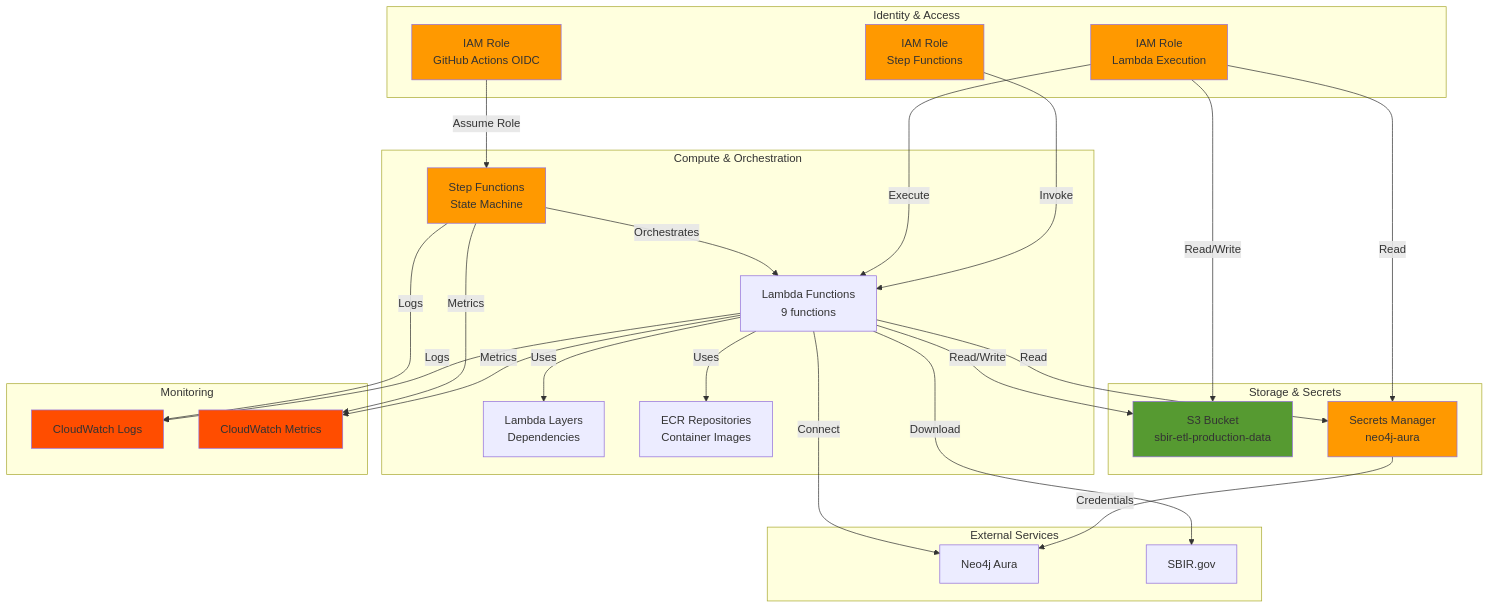
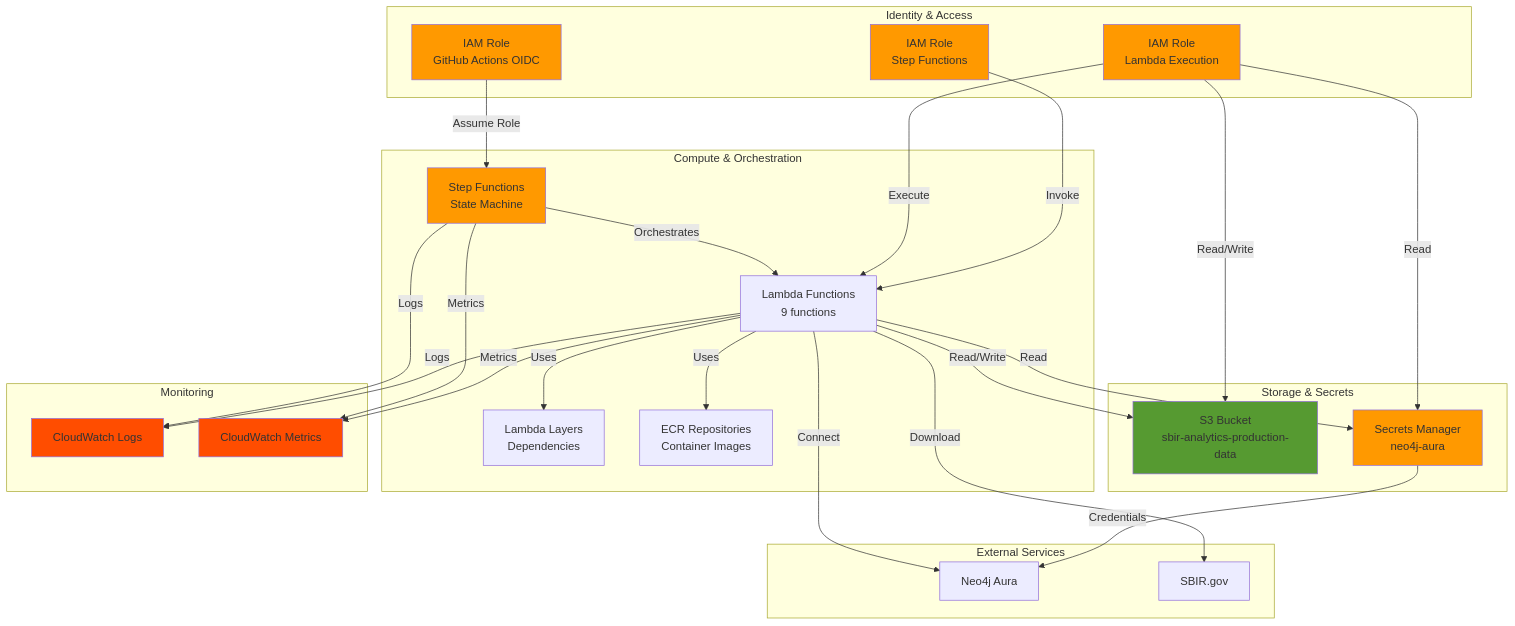
The fourth of 5 diagrams in docs/deployment/aws-architecture-diagrams.md (hollomancer/sbir-analytics), drawn with Mermaid before and after one commit. The commit also changed other lines of this file and 20 other files, not shown here.

````diff
--- a/docs/deployment/aws-architecture-diagrams.md
+++ b/docs/deployment/aws-architecture-diagrams.md
@@ -183,61 +183,61 @@
 ```mermaid
 graph TB
     subgraph "Identity & Access"
         IAM1[IAM Role<br/>Lambda Execution]
         IAM2[IAM Role<br/>Step Functions]
         IAM3[IAM Role<br/>GitHub Actions OIDC]
     end
     
     subgraph "Compute & Orchestration"
         SF[Step Functions<br/>State Machine]
         L1[Lambda Functions<br/>9 functions]
         LC[Lambda Layers<br/>Dependencies]
         ECR[ECR Repositories<br/>Container Images]
     end
     
     subgraph "Storage & Secrets"
-        S3[S3 Bucket<br/>sbir-etl-production-data]
+        S3[S3 Bucket<br/>sbir-analytics-production-data]
         SM[Secrets Manager<br/>neo4j-aura]
     end
     
     subgraph "Monitoring"
         CW[CloudWatch Logs]
         CM[CloudWatch Metrics]
     end
     
     subgraph "External Services"
         NEO4J[Neo4j Aura]
         SBIR[SBIR.gov]
     end
     
     IAM3 -->|Assume Role| SF
     IAM2 -->|Invoke| L1
     IAM1 -->|Execute| L1
     IAM1 -->|Read/Write| S3
     IAM1 -->|Read| SM
     
     SF -->|Orchestrates| L1
     L1 -->|Uses| LC
     L1 -->|Uses| ECR
     
     L1 -->|Read/Write| S3
     L1 -->|Read| SM
     L1 -->|Logs| CW
     L1 -->|Metrics| CM
     
     SM -->|Credentials| NEO4J
     L1 -->|Connect| NEO4J
     L1 -->|Download| SBIR
     
     SF -->|Logs| CW
     SF -->|Metrics| CM
     
     style IAM1 fill:#ff9900
     style IAM2 fill:#ff9900
     style IAM3 fill:#ff9900
     style SF fill:#ff9900
     style S3 fill:#569a31
     style SM fill:#ff9900
     style CW fill:#ff4d00
     style CM fill:#ff4d00
 ```
````
